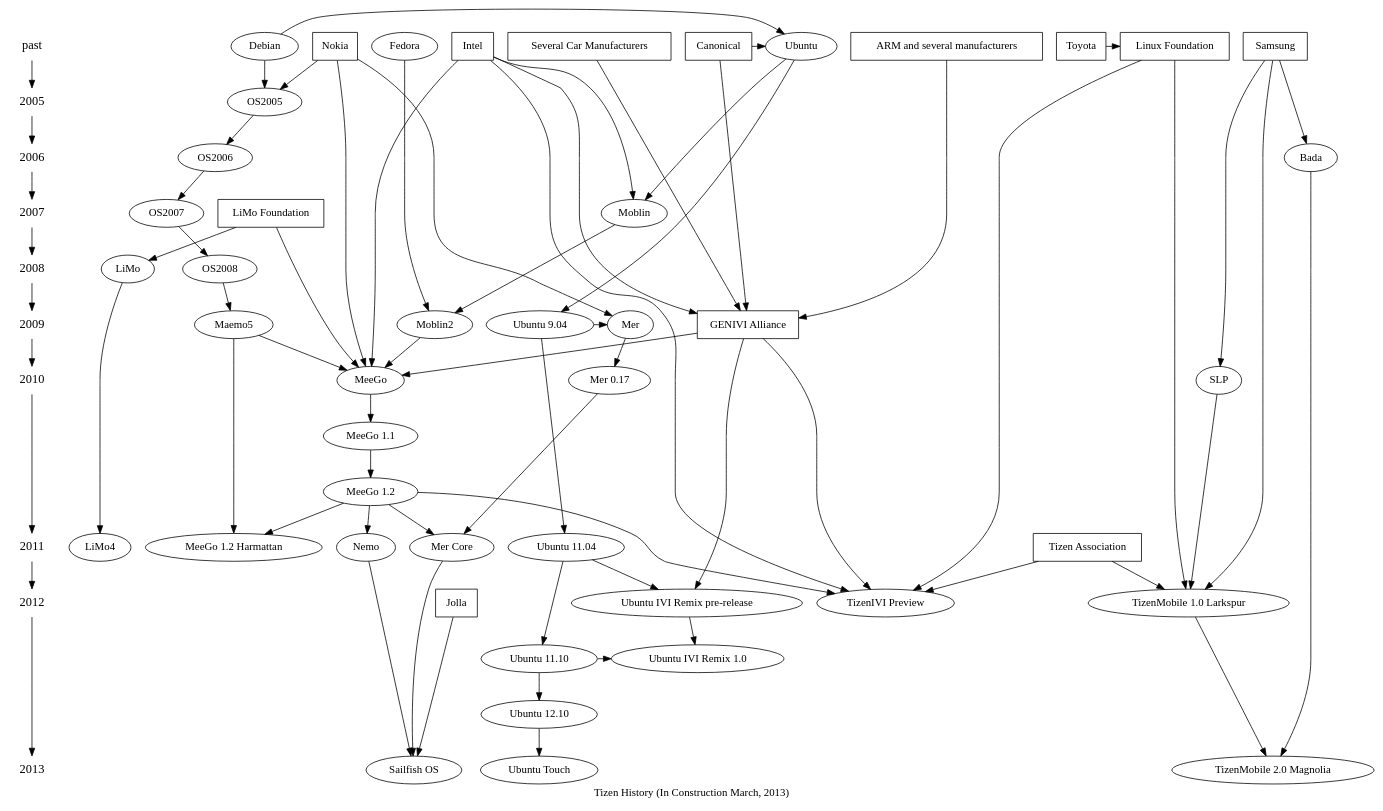
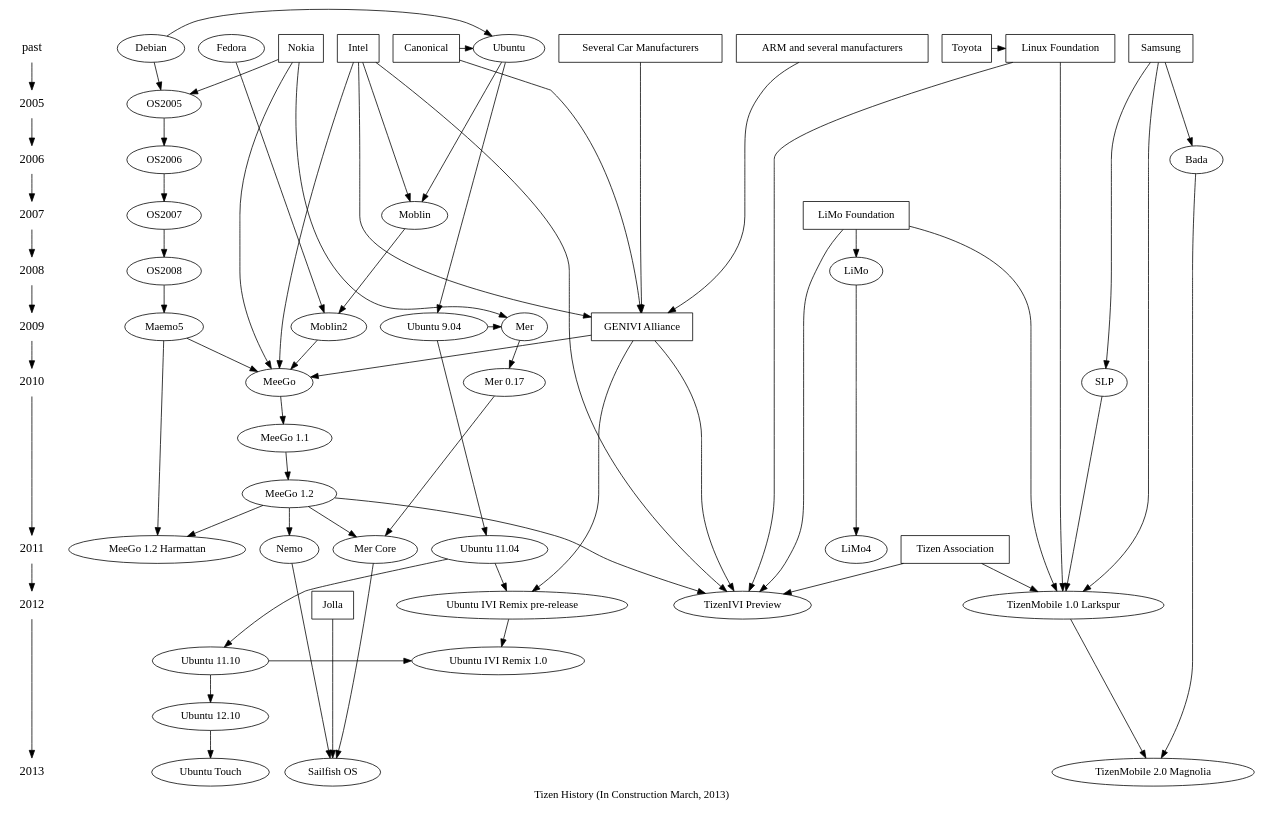
One commit to kumadasu/tizen-history changed the diagram in tizen-history.dot. Above: the diagram before and after it, drawn with Graphviz. The commit also changed 1 other file, not shown here.

Commit message:
Cut relation between Limo Foundation and MeeGo, and connect Limo Foundation to Tizen IVI/Mobile because that was misstake

```diff
--- a/tizen-history.dot
+++ b/tizen-history.dot
@@ -1,93 +1,94 @@
 digraph tizenhistory {
 graph [label="Tizen History (In Construction March, 2013)"]
 /*timeline*/
 {
 	node [shape=plaintext, fontsize=16];
 	"past" -> /*1990 ->
 	1991 -> 1992 -> 1993 -> 1994 -> 1995 ->
 	1996 -> 1997 -> 1998 -> 1999 -> 2000 ->
 	2001 -> 2002 -> 2003 -> 2004 ->*/ 2005 ->
 	2006 -> 2007 -> 2008 -> 2009 -> 2010 ->
 	2011 -> 2012 -> 2013;
 }
 
 /* Organizations */
 {
 	node [shape=box];
 	{ rank = same; "past"; "Nokia"}
 	{ rank = same; "past"; "Intel"}
 	{ rank = same; "past"; "Samsung"}
 	{ rank = same; "past"; "ARM and several manufacturers"}
 	{ rank = same; "past"; "Several Car Manufacturers"}
 	{ rank = same; "past"; "Canonical"}
 	{ rank = same; "past"; "Linux Foundation"}
 	{ rank = same; "past"; "Toyota"}
 	{ rank = same; "2007"; "LiMo Foundation"}
 	{ rank = same; "2009"; "GENIVI Alliance"}
 	{ rank = same; "2011"; "Tizen Association"} //?
 	{ rank = same; "2012"; "Jolla"} //?
 "Toyota" -> "Linux Foundation";
 "Intel" -> "GENIVI Alliance";
 "Several Car Manufacturers" -> "GENIVI Alliance";
 "ARM and several manufacturers" -> "GENIVI Alliance";
 "Canonical" -> "GENIVI Alliance";
 }
 
 /* Technologies */
 {
 	node [shape=plaintext];
 //	"HTML5";
 }
 
 /* OS */
 { rank = same; "past"; "Ubuntu"; "Fedora"; "Debian"}
 { rank = same; 2005; "OS2005"}
 { rank = same; 2006; "OS2006"}
 { rank = same; 2007; "OS2007"; "Moblin"}
 { rank = same; 2008; "OS2008"; "LiMo"}
 { rank = same; 2009; "Maemo5"; "Moblin2"; "Ubuntu 9.04"; "Mer"}
 { rank = same; 2010; "MeeGo"; "Mer 0.17"; "SLP"}
 { rank = same; 2011; "Ubuntu 11.04"; "LiMo4"; "Nemo"}
 { rank = same; "Ubuntu 11.10"; "Ubuntu IVI Remix 1.0"}
 { rank = same; 2012; "TizenMobile 1.0 Larkspur"; "TizenIVI Preview"};
 { rank = same; 2013; "TizenMobile 2.0 Magnolia"; "Sailfish OS"; "Ubuntu Touch"}
 	"Debian" -> "Ubuntu";
 	"Debian" -> "OS2005" -> "OS2006" -> "OS2007" -> "OS2008" -> "Maemo5" -> "MeeGo";
 	"Ubuntu" -> "Moblin" -> "Moblin2";
 	"Fedora" -> "Moblin2" -> "MeeGo";
 	"Ubuntu 9.04" -> "Mer" -> "Mer 0.17" -> "Mer Core";
 	"LiMo" -> "LiMo4";
 	"MeeGo" -> "MeeGo 1.1" -> "MeeGo 1.2" -> "TizenIVI Preview";
 	"Maemo5" -> "MeeGo 1.2 Harmattan";
 	"MeeGo 1.2" -> "Mer Core";
 	"MeeGo 1.2" -> "Nemo" -> "Sailfish OS";
 	"Mer Core" -> "Sailfish OS";
 	"MeeGo 1.2" -> "MeeGo 1.2 Harmattan";
 	"SLP" -> "TizenMobile 1.0 Larkspur";
 	"Bada" -> "TizenMobile 2.0 Magnolia";
 	"TizenMobile 1.0 Larkspur" -> "TizenMobile 2.0 Magnolia";
 	"Ubuntu" -> "Ubuntu 9.04" -> "Ubuntu 11.04" -> "Ubuntu 11.10" -> "Ubuntu IVI Remix 1.0";
 	"Ubuntu 11.04" -> "Ubuntu IVI Remix pre-release" -> "Ubuntu IVI Remix 1.0";
 	"Ubuntu 11.10" -> "Ubuntu 12.10" -> "Ubuntu Touch";
 
 "Canonical" -> "Ubuntu";
 "Nokia" -> "OS2005";
 "Intel" -> "Moblin";
 "Intel" -> "MeeGo";
 "Nokia" -> "Mer";
 "Nokia" -> "MeeGo";
 "Samsung" -> "Bada";
 "Samsung" -> "SLP";
 "Intel" -> "TizenIVI Preview";
 "Samsung" -> "TizenMobile 1.0 Larkspur";
 "GENIVI Alliance" -> "MeeGo";
 "GENIVI Alliance" -> "TizenIVI Preview";
 "GENIVI Alliance" -> "Ubuntu IVI Remix pre-release";
 "LiMo Foundation" -> "LiMo";
-"LiMo Foundation" -> "MeeGo";
+"LiMo Foundation" -> "TizenIVI Preview";
+"LiMo Foundation" -> "TizenMobile 1.0 Larkspur";
 "Tizen Association" -> "TizenIVI Preview";
 "Tizen Association" -> "TizenMobile 1.0 Larkspur";
 "Linux Foundation" -> "TizenIVI Preview";
 "Linux Foundation" -> "TizenMobile 1.0 Larkspur";
 "Jolla" -> "Sailfish OS"
 }
```
